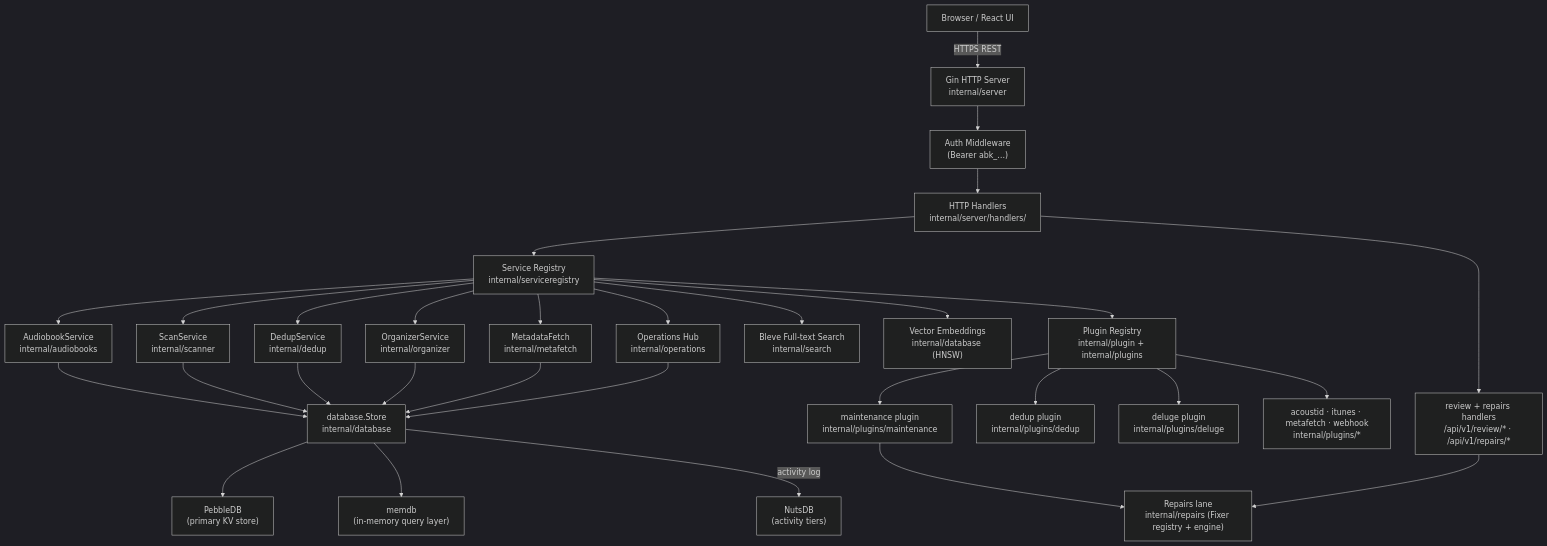
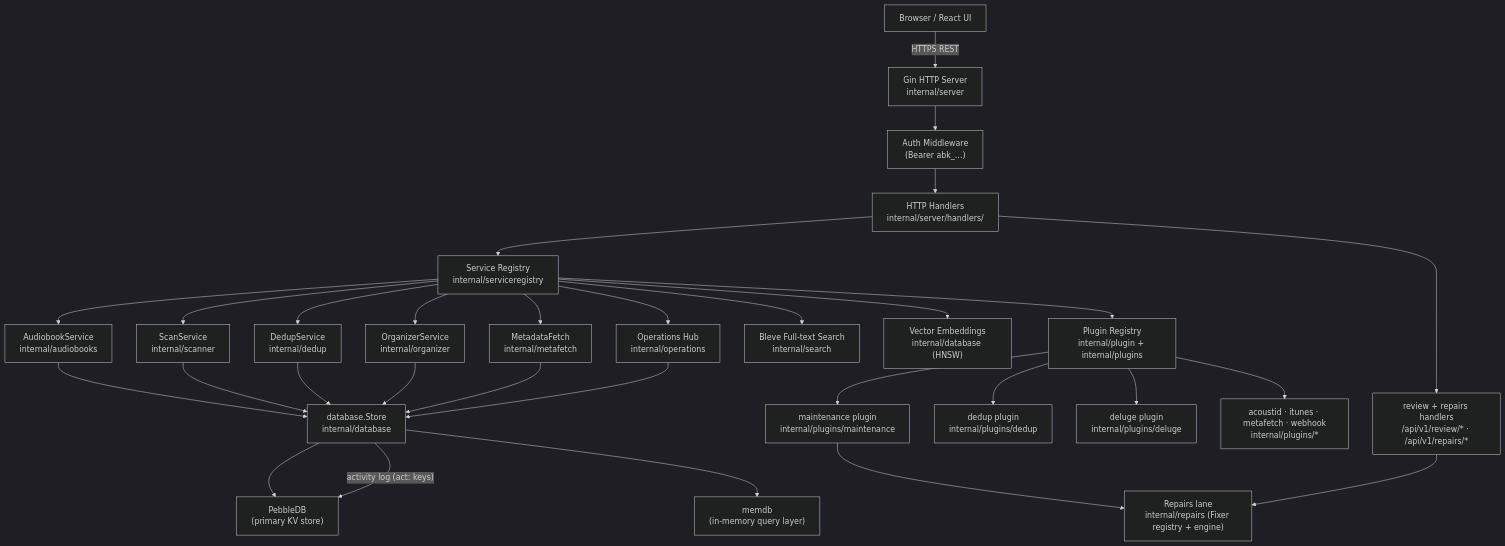
Before and after one commit to falkcorp/audiobook-organizer: the diagram in docs/system/architecture.md, drawn with Mermaid (dark theme). The commit also changed other lines of this file and 5 other files, not shown here.

First line of the commit message:
docs(system): describe the activity log as Pebble-only

````diff
--- a/docs/system/architecture.md
+++ b/docs/system/architecture.md
@@ -44,32 +44,32 @@
 ```mermaid
 flowchart TD
     Browser["Browser / React UI"] -->|"HTTPS REST"| GinHTTP["Gin HTTP Server\ninternal/server"]
     GinHTTP --> AuthMW["Auth Middleware\n(Bearer abk_…)"]
     AuthMW --> Handlers["HTTP Handlers\ninternal/server/handlers/"]
     Handlers --> SvcReg["Service Registry\ninternal/serviceregistry"]
     SvcReg --> AudiobookSvc["AudiobookService\ninternal/audiobooks"]
     SvcReg --> ScanSvc["ScanService\ninternal/scanner"]
     SvcReg --> DedupSvc["DedupService\ninternal/dedup"]
     SvcReg --> OrgSvc["OrganizerService\ninternal/organizer"]
     SvcReg --> MetaFetch["MetadataFetch\ninternal/metafetch"]
     SvcReg --> OpHub["Operations Hub\ninternal/operations"]
     AudiobookSvc --> Store["database.Store\ninternal/database"]
     ScanSvc --> Store
     DedupSvc --> Store
     OrgSvc --> Store
     MetaFetch --> Store
     OpHub --> Store
     Store --> Pebble["PebbleDB\n(primary KV store)"]
     Store --> MemDB["memdb\n(in-memory query layer)"]
-    Store -->|"activity log"| NutsDB["NutsDB\n(activity tiers)"]
+    Store -->|"activity log (act: keys)"| Pebble
     SvcReg --> Search["Bleve Full-text Search\ninternal/search"]
     SvcReg --> Embeddings["Vector Embeddings\ninternal/database (HNSW)"]
     SvcReg --> PluginReg["Plugin Registry\ninternal/plugin + internal/plugins"]
     PluginReg --> MaintenancePlug["maintenance plugin\ninternal/plugins/maintenance"]
     PluginReg --> DedupPlug["dedup plugin\ninternal/plugins/dedup"]
     PluginReg --> DelugePlug["deluge plugin\ninternal/plugins/deluge"]
     PluginReg --> OtherPlugs["acoustid · itunes · metafetch · webhook\ninternal/plugins/*"]
     MaintenancePlug --> Repairs["Repairs lane\ninternal/repairs (Fixer registry + engine)"]
     Handlers --> ReviewH["review + repairs handlers\n/api/v1/review/* · /api/v1/repairs/*"]
     ReviewH --> Repairs
 ```
````
